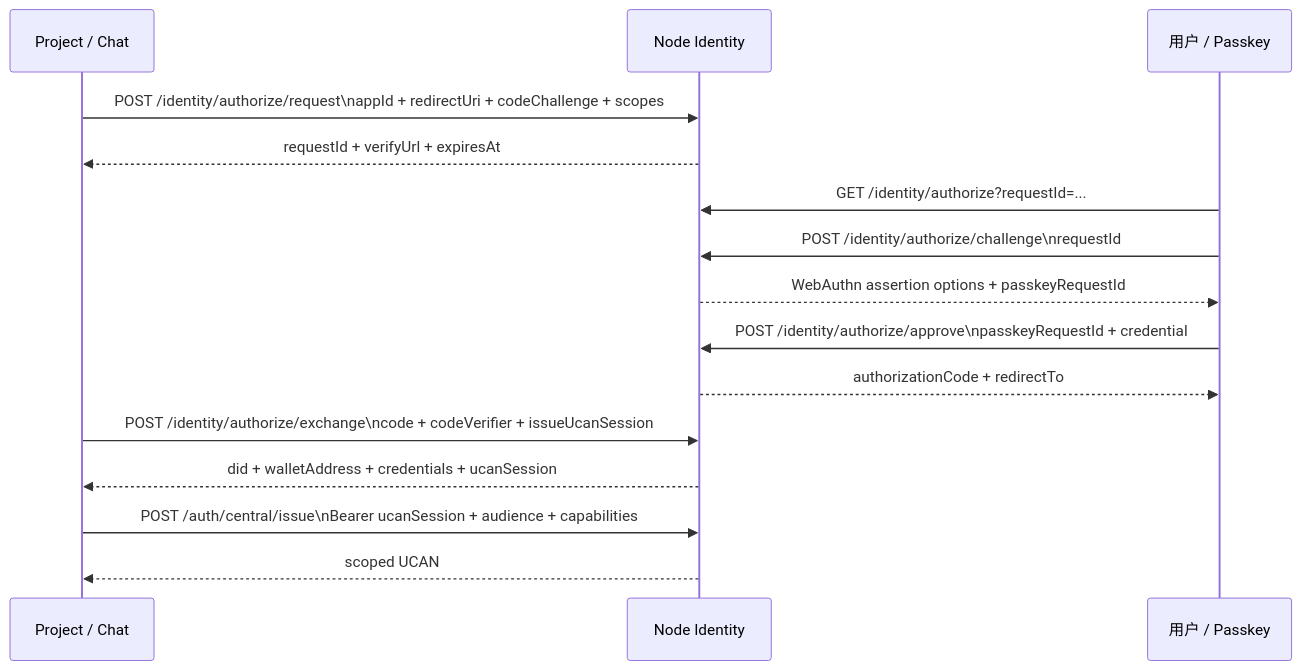
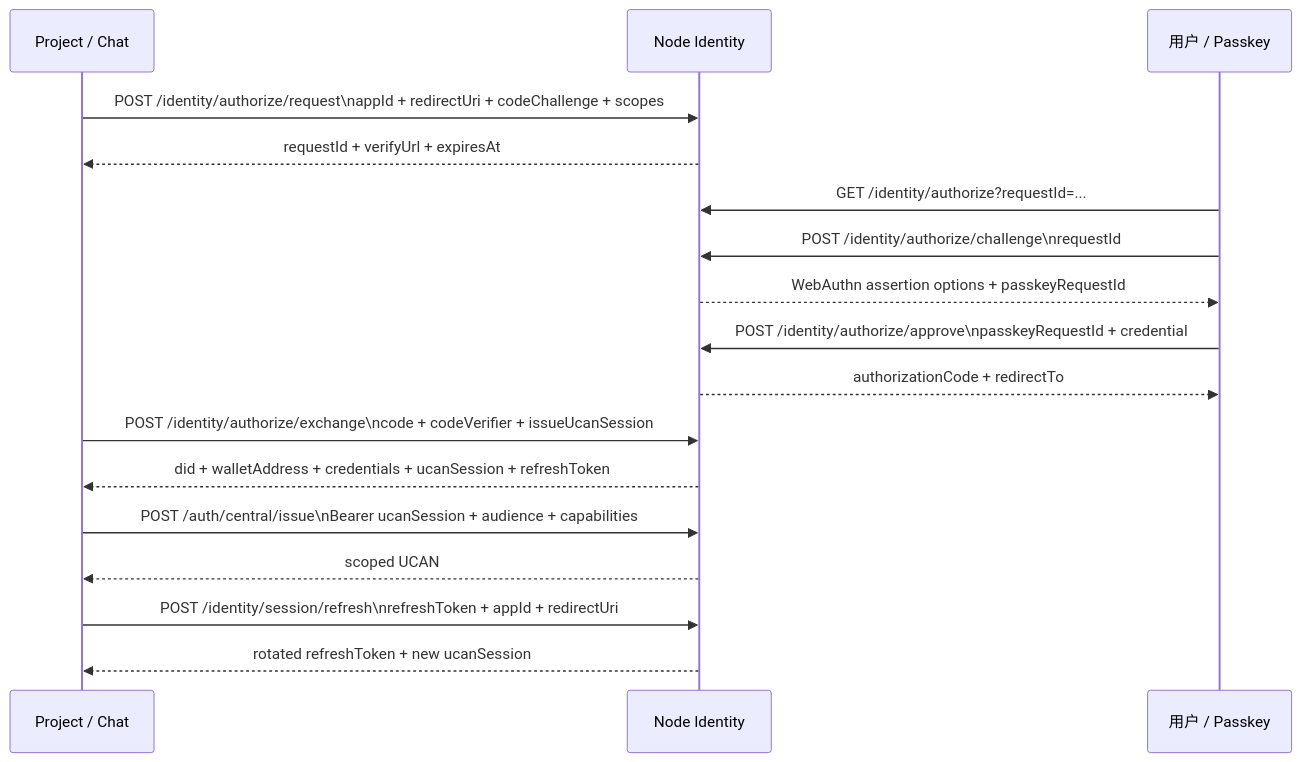
One commit to yeying-community/node changed the sixth of 7 diagrams in docs/登录授权.md. Above: the diagram before and after it, drawn with Mermaid. The commit also changed other lines of this file and 13 other files, not shown here.

Commit message:
feat(identity): add persistent session renewal

````diff
--- a/docs/登录授权.md
+++ b/docs/登录授权.md
@@ -179,18 +179,20 @@
 ```mermaid
 sequenceDiagram
   participant App as Project / Chat
   participant Node as Node Identity
   participant User as 用户 / Passkey
 
   App ->> Node: POST /identity/authorize/request\nappId + redirectUri + codeChallenge + scopes
   Node -->> App: requestId + verifyUrl + expiresAt
   User ->> Node: GET /identity/authorize?requestId=...
   User ->> Node: POST /identity/authorize/challenge\nrequestId
   Node -->> User: WebAuthn assertion options + passkeyRequestId
   User ->> Node: POST /identity/authorize/approve\npasskeyRequestId + credential
   Node -->> User: authorizationCode + redirectTo
   App ->> Node: POST /identity/authorize/exchange\ncode + codeVerifier + issueUcanSession
-  Node -->> App: did + walletAddress + credentials + ucanSession
+  Node -->> App: did + walletAddress + credentials + ucanSession + refreshToken
   App ->> Node: POST /auth/central/issue\nBearer ucanSession + audience + capabilities
   Node -->> App: scoped UCAN
+  App ->> Node: POST /identity/session/refresh\nrefreshToken + appId + redirectUri
+  Node -->> App: rotated refreshToken + new ucanSession
 ```
````
